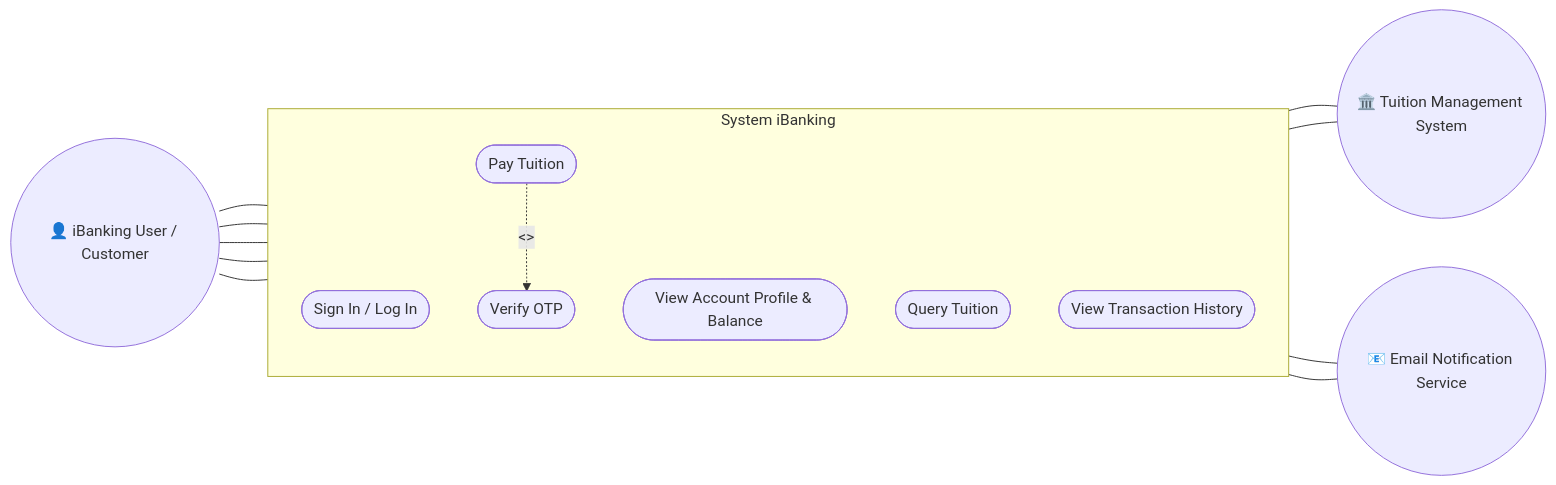
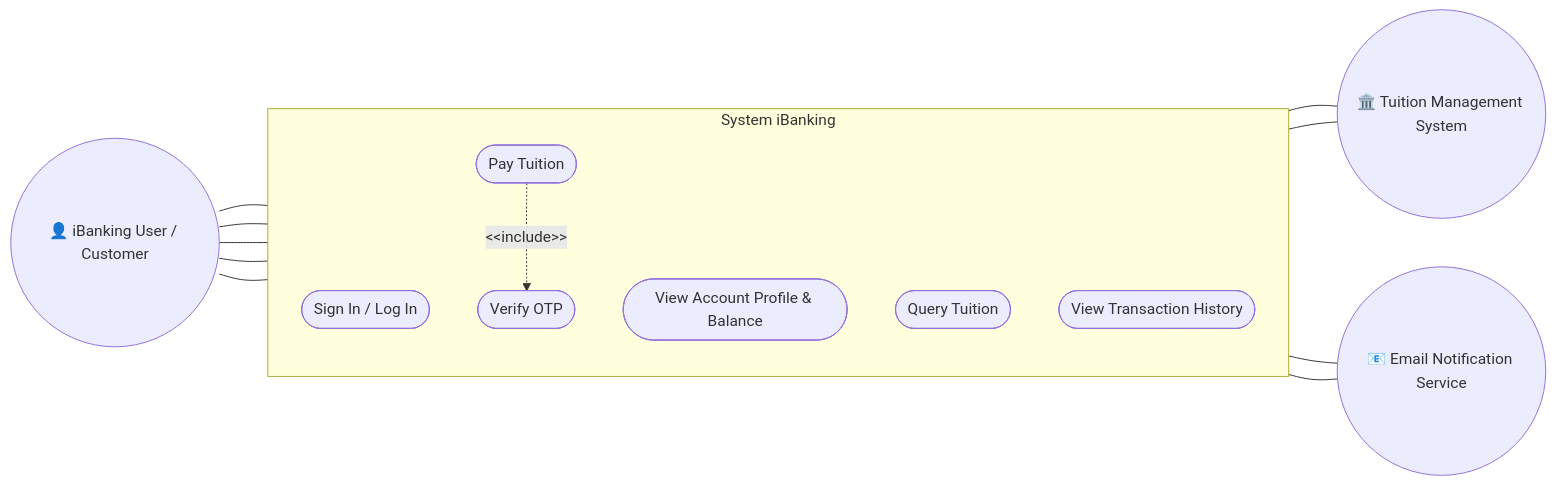
One commit to thanhngo92/soa changed the first of 3 diagrams in README.md. Above: the diagram before and after it, drawn with Mermaid. The commit also changed 1 other file, not shown here.

Commit message:
fix(docs): escape angle brackets for <<include>> label in Mermaid diagram

````diff
--- a/README.md
+++ b/README.md
@@ -23,33 +23,33 @@
 ```mermaid
 flowchart LR
     user(("👤 iBanking User / Customer"))
 
     subgraph ibanking ["System iBanking"]
         direction TB
         uc_signin(["Sign In / Log In"])
         uc_profile(["View Account Profile & Balance"])
         uc_query(["Query Tuition"])
         uc_pay(["Pay Tuition"])
         uc_otp(["Verify OTP"])
         uc_history(["View Transaction History"])
     end
 
     tuition(("🏛️ Tuition Management System"))
     email(("📧 Email Notification Service"))
 
     %% Tương tác của iBanking User / Customer
     user --- uc_signin
     user --- uc_profile
     user --- uc_query
     user --- uc_pay
     user --- uc_history
 
     %% Quan hệ Include giữa các Use Case
-    uc_pay -.->|"<<include>>"| uc_otp
+    uc_pay -.->|&lt;&lt;include&gt;&gt;| uc_otp
 
     %% Tương tác với Hệ thống ngoài (External Services)
     uc_query --- tuition
     uc_pay --- tuition
     uc_pay --- email
     uc_otp --- email
 ```
````
